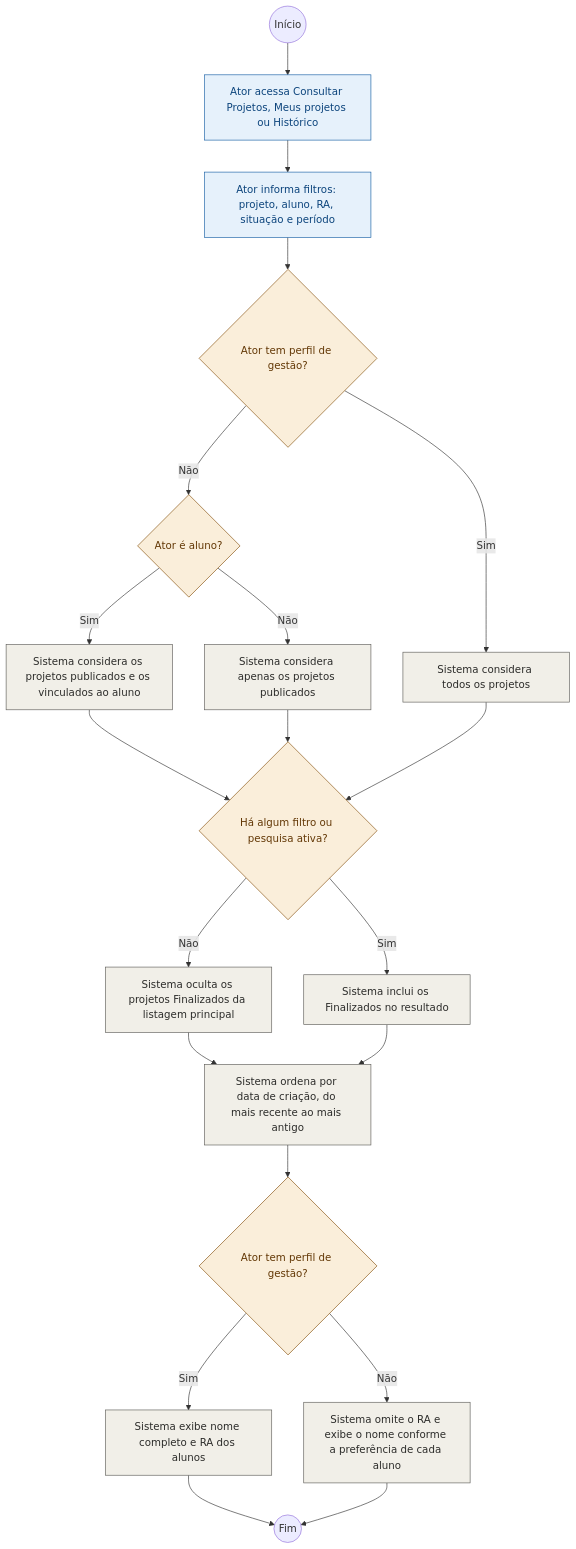
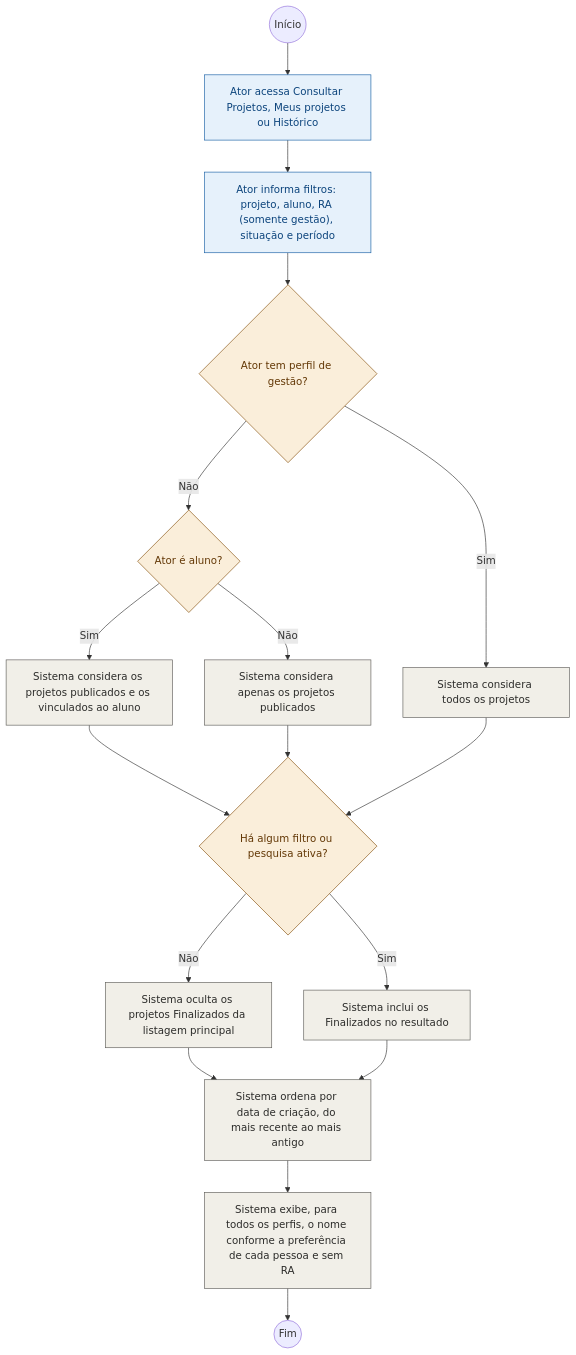
One commit to HevertonMarques/desweb_rep changed the diagram in documentos/atividades/09-consultar-projetos-historico.mmd. Above: the diagram before and after it, drawn with Mermaid. The commit also changed 6 other files, not shown here.

```diff
--- a/documentos/atividades/09-consultar-projetos-historico.mmd
+++ b/documentos/atividades/09-consultar-projetos-historico.mmd
@@ -1,27 +1,24 @@
 flowchart TD
   ini(("Início")) --> a1["Ator acessa Consultar Projetos, Meus projetos ou Histórico"]
-  a1 --> a2["Ator informa filtros: projeto, aluno, RA, situação e período"]
+  a1 --> a2["Ator informa filtros: projeto, aluno, RA (somente gestão), situação e período"]
   a2 --> d1{"Ator tem perfil de gestão?"}
   d1 -- Não --> d2{"Ator é aluno?"}
   d2 -- Sim --> s1["Sistema considera os projetos publicados e os vinculados ao aluno"]
   d2 -- Não --> s2["Sistema considera apenas os projetos publicados"]
   d1 -- Sim --> s3["Sistema considera todos os projetos"]
   s1 --> d3{"Há algum filtro ou pesquisa ativa?"}
   s2 --> d3
   s3 --> d3
   d3 -- Não --> s4["Sistema oculta os projetos Finalizados da listagem principal"]
   d3 -- Sim --> s5["Sistema inclui os Finalizados no resultado"]
   s4 --> s6["Sistema ordena por data de criação, do mais recente ao mais antigo"]
   s5 --> s6
-  s6 --> d4{"Ator tem perfil de gestão?"}
-  d4 -- Sim --> s7["Sistema exibe nome completo e RA dos alunos"]
-  d4 -- Não --> s8["Sistema omite o RA e exibe o nome conforme a preferência de cada aluno"]
+  s6 --> s7["Sistema exibe, para todos os perfis, o nome conforme a preferência de cada pessoa e sem RA"]
   s7 --> fim((Fim))
-  s8 --> fim
   classDef ator fill:#E6F1FB,stroke:#185FA5,color:#0C447C
   classDef sis fill:#F1EFE8,stroke:#5F5E5A,color:#2C2C2A
   classDef dec fill:#FAEEDA,stroke:#854F0B,color:#633806
   classDef err fill:#FCEBEB,stroke:#A32D2D,color:#791F1F
   class a1,a2 ator
-  class s1,s2,s3,s4,s5,s6,s7,s8 sis
-  class d1,d2,d3,d4 dec
+  class s1,s2,s3,s4,s5,s6,s7 sis
+  class d1,d2,d3 dec
```
